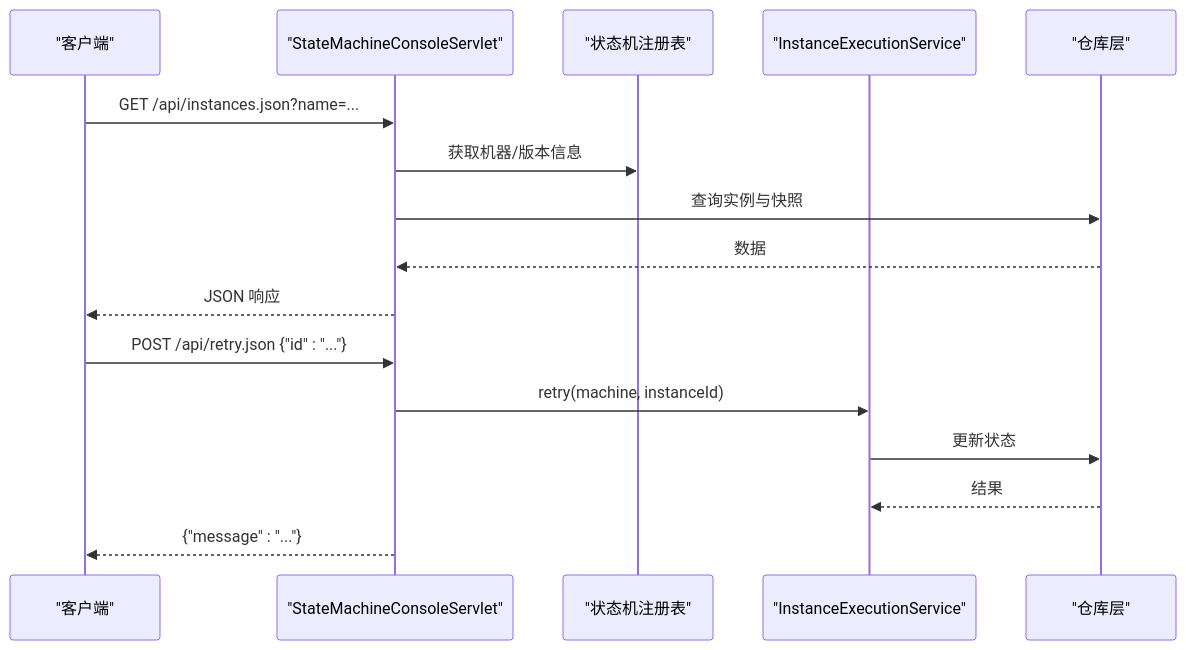
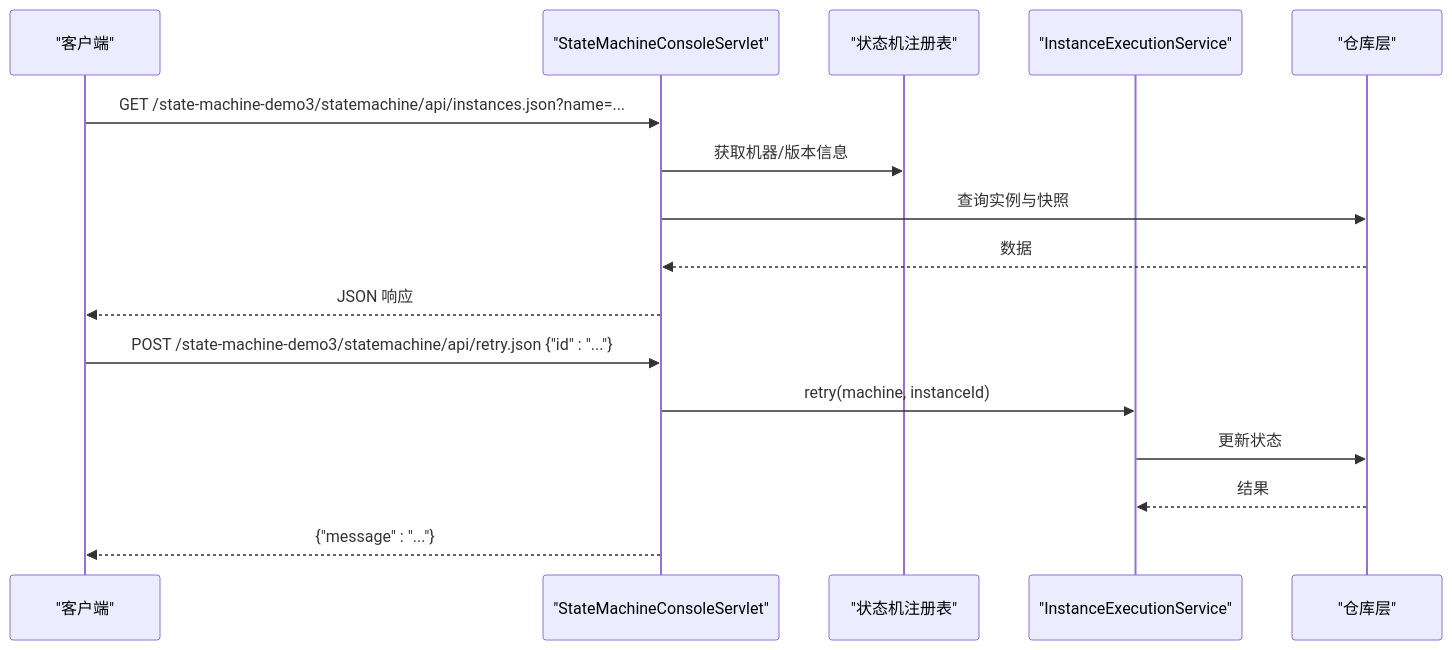
One commit to xiaoche80s-tech/state-machine-parent changed the fourth of 6 diagrams in .qoder/repowiki/zh/content/API参考/API参考.md. Above: the diagram before and after it, drawn with Mermaid. The commit also changed other lines of this file and 14 other files, not shown here.

````diff
--- a/.qoder/repowiki/zh/content/API参考/API参考.md
+++ b/.qoder/repowiki/zh/content/API参考/API参考.md
@@ -228,18 +241,18 @@
 ```mermaid
 sequenceDiagram
 participant Client as "客户端"
 participant Servlet as "StateMachineConsoleServlet"
 participant Registry as "状态机注册表"
 participant ExecSvc as "InstanceExecutionService"
 participant Repo as "仓库层"
-Client->>Servlet : GET /api/instances.json?name=...
+Client->>Servlet : GET /state-machine-demo3/statemachine/api/instances.json?name=...
 Servlet->>Registry : 获取机器/版本信息
 Servlet->>Repo : 查询实例与快照
 Repo-->>Servlet : 数据
 Servlet-->>Client : JSON 响应
-Client->>Servlet : POST /api/retry.json {"id" : "..."}
+Client->>Servlet : POST /state-machine-demo3/statemachine/api/retry.json {"id" : "..."}
 Servlet->>ExecSvc : retry(machine, instanceId)
 ExecSvc->>Repo : 更新状态
 Repo-->>ExecSvc : 结果
 Servlet-->>Client : {"message" : "..."}
 ```
````
